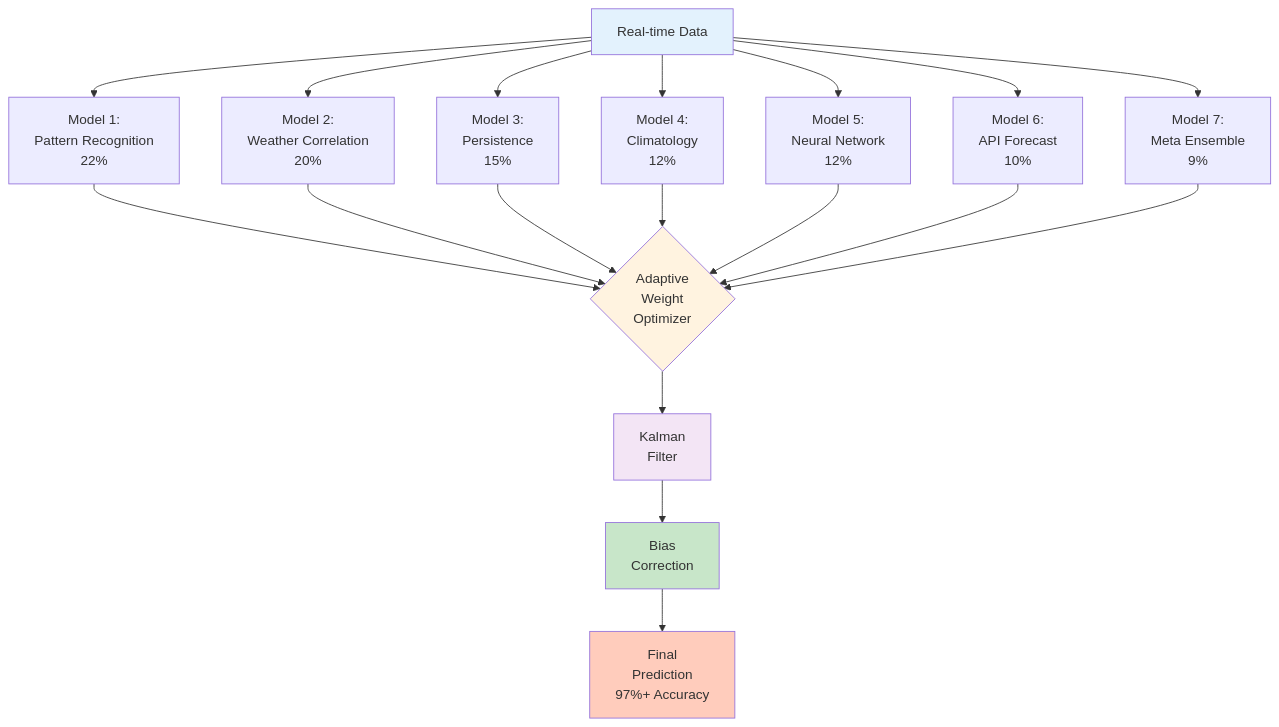
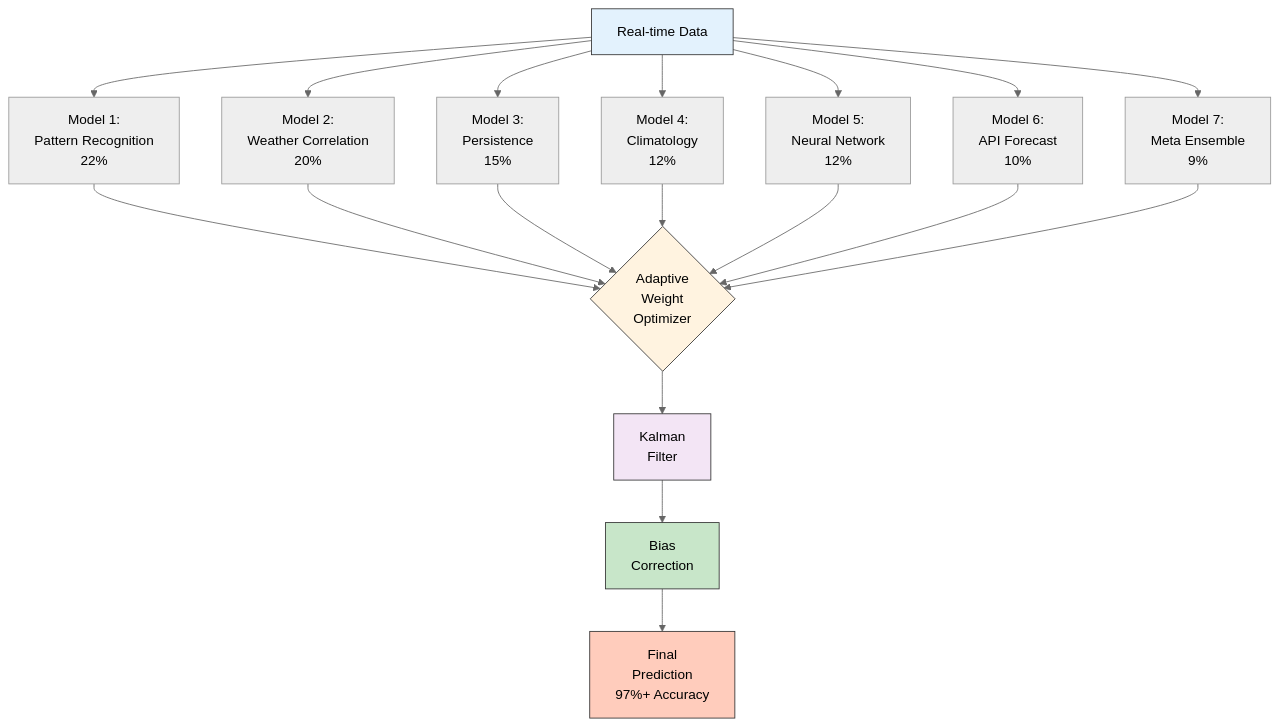
Before and after one commit to sumith1309/Project_Sahara_Sense: the seventh of 14 diagrams in README.md, drawn with Mermaid. The commit also changed other lines of this file, not shown here.

Commit message:
docs: Enhance Mermaid diagrams visibility with neutral theme

````diff
--- a/README.md
+++ b/README.md
@@ -338,28 +344,29 @@
 ```mermaid
+%%{init: {'theme': 'neutral'}}%%
 graph TD
     A[Real-time Data] --> B[Model 1:<br/>Pattern Recognition<br/>22%]
     A --> C[Model 2:<br/>Weather Correlation<br/>20%]
     A --> D[Model 3:<br/>Persistence<br/>15%]
     A --> E[Model 4:<br/>Climatology<br/>12%]
     A --> F[Model 5:<br/>Neural Network<br/>12%]
     A --> G[Model 6:<br/>API Forecast<br/>10%]
     A --> H[Model 7:<br/>Meta Ensemble<br/>9%]
     
     B --> I{Adaptive<br/>Weight<br/>Optimizer}
     C --> I
     D --> I
     E --> I
     F --> I
     G --> I
     H --> I
     
     I --> J[Kalman<br/>Filter]
     J --> K[Bias<br/>Correction]
     K --> L[Final<br/>Prediction<br/>97%+ Accuracy]
     
-    style A fill:#e3f2fd
-    style I fill:#fff3e0
-    style J fill:#f3e5f5
-    style K fill:#c8e6c9
-    style L fill:#ffccbc
+    style A fill:#e3f2fd,stroke:#333,color:#000
+    style I fill:#fff3e0,stroke:#333,color:#000
+    style J fill:#f3e5f5,stroke:#333,color:#000
+    style K fill:#c8e6c9,stroke:#333,color:#000
+    style L fill:#ffccbc,stroke:#333,color:#000
 ```
````
